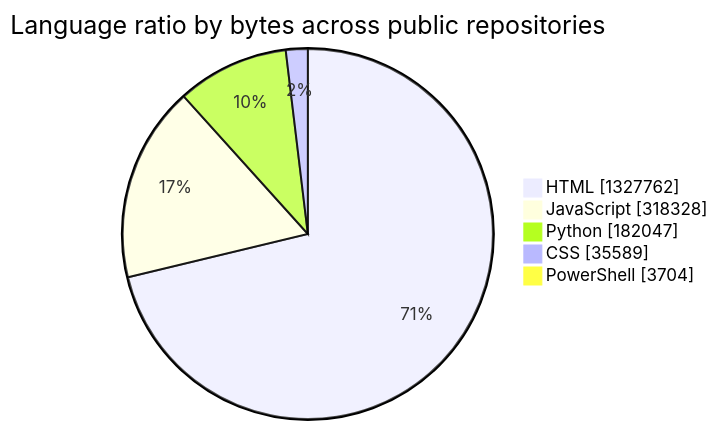
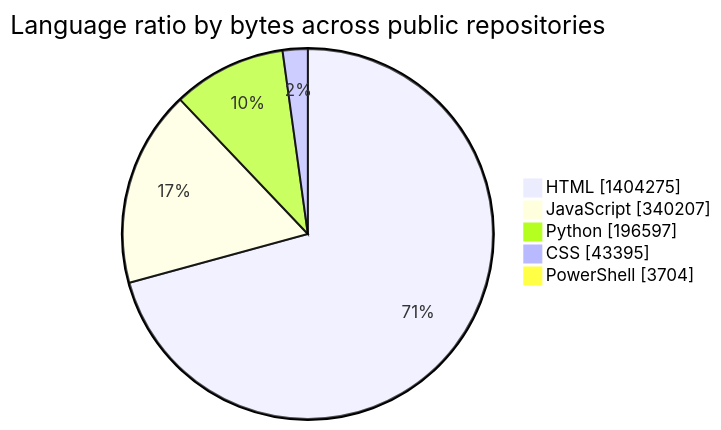
Before and after one commit to tchinso/tchinso: the first of 2 diagrams in README.md, drawn with Mermaid. The commit also changed other lines of this file, not shown here.

````diff
--- a/README.md
+++ b/README.md
@@ -21,9 +21,9 @@
 ```mermaid
 pie showData
     title Language ratio by bytes across public repositories
-    "HTML" : 1327762
-    "JavaScript" : 318328
-    "Python" : 182047
-    "CSS" : 35589
+    "HTML" : 1404275
+    "JavaScript" : 340207
+    "Python" : 196597
+    "CSS" : 43395
     "PowerShell" : 3704
 ```
````
